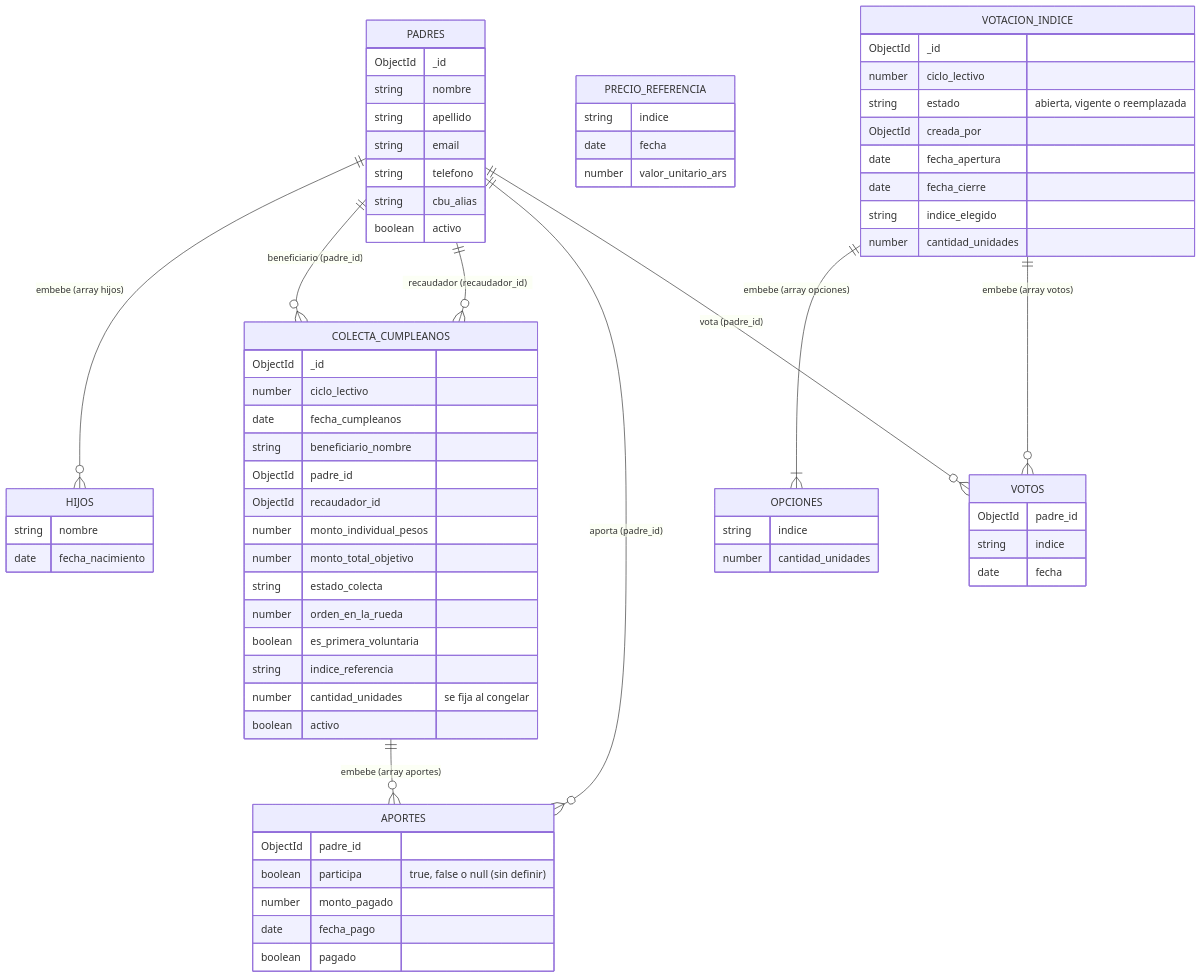
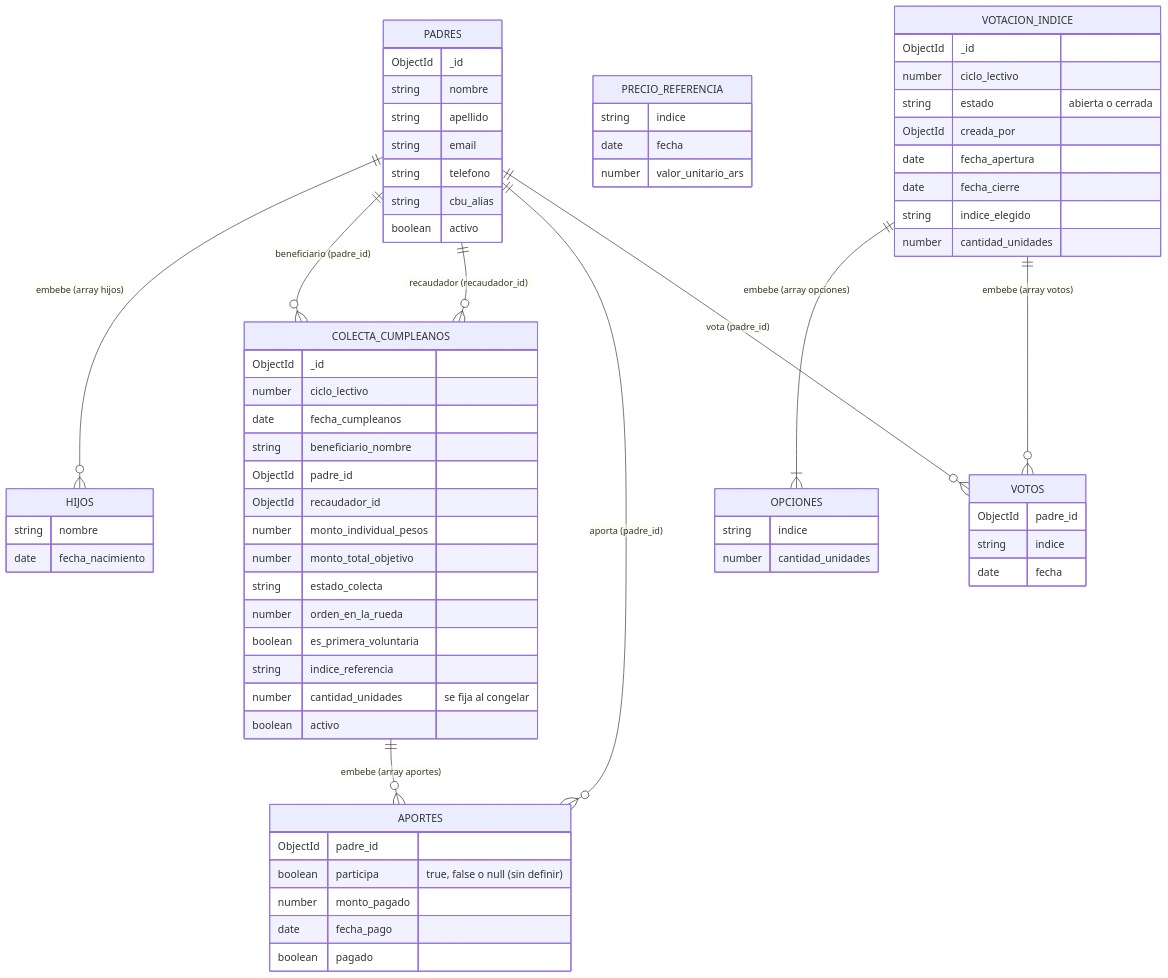
Before and after one commit to Cigarcia1307/TrabajoFinalIntegrador: the diagram in README.md, drawn with Mermaid. The commit also changed other lines of this file and 19 other files, not shown here.

````diff
--- a/README.md
+++ b/README.md
@@ -71,72 +71,72 @@
 ```mermaid
 erDiagram
     PADRES {
         ObjectId _id
         string nombre
         string apellido
         string email
         string telefono
         string cbu_alias
         boolean activo
     }
     HIJOS {
         string nombre
         date fecha_nacimiento
     }
     COLECTA_CUMPLEANOS {
         ObjectId _id
         number ciclo_lectivo
         date fecha_cumpleanos
         string beneficiario_nombre
         ObjectId padre_id
         ObjectId recaudador_id
         number monto_individual_pesos
         number monto_total_objetivo
         string estado_colecta
         number orden_en_la_rueda
         boolean es_primera_voluntaria
         string indice_referencia
         number cantidad_unidades "se fija al congelar"
         boolean activo
     }
     APORTES {
         ObjectId padre_id
         boolean participa "true, false o null (sin definir)"
         number monto_pagado
         date fecha_pago
         boolean pagado
     }
     PRECIO_REFERENCIA {
         string indice
         date fecha
         number valor_unitario_ars
     }
     VOTACION_INDICE {
         ObjectId _id
         number ciclo_lectivo
-        string estado "abierta, vigente o reemplazada"
+        string estado "abierta o cerrada"
         ObjectId creada_por
         date fecha_apertura
         date fecha_cierre
         string indice_elegido
         number cantidad_unidades
     }
     OPCIONES {
         string indice
         number cantidad_unidades
     }
     VOTOS {
         ObjectId padre_id
         string indice
         date fecha
     }
 
     PADRES ||--o{ HIJOS : "embebe (array hijos)"
     PADRES ||--o{ COLECTA_CUMPLEANOS : "beneficiario (padre_id)"
     PADRES ||--o{ COLECTA_CUMPLEANOS : "recaudador (recaudador_id)"
     COLECTA_CUMPLEANOS ||--o{ APORTES : "embebe (array aportes)"
     PADRES ||--o{ APORTES : "aporta (padre_id)"
     VOTACION_INDICE ||--|{ OPCIONES : "embebe (array opciones)"
     VOTACION_INDICE ||--o{ VOTOS : "embebe (array votos)"
     PADRES ||--o{ VOTOS : "vota (padre_id)"
 ```
````
